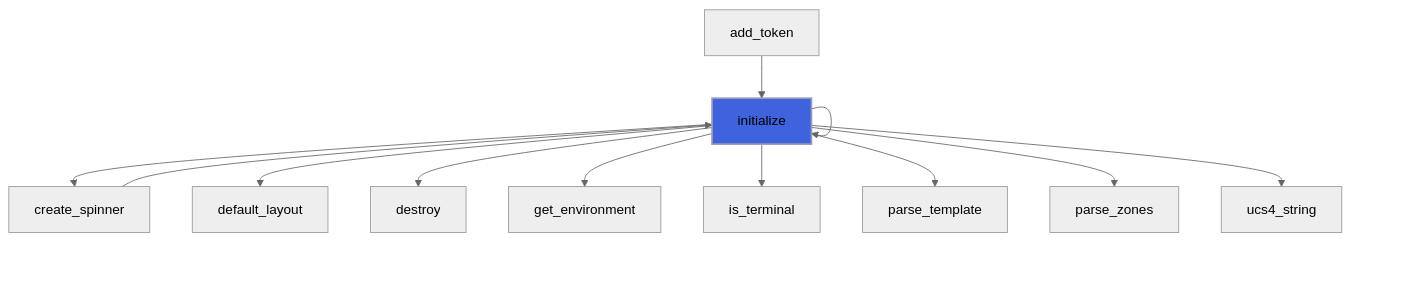
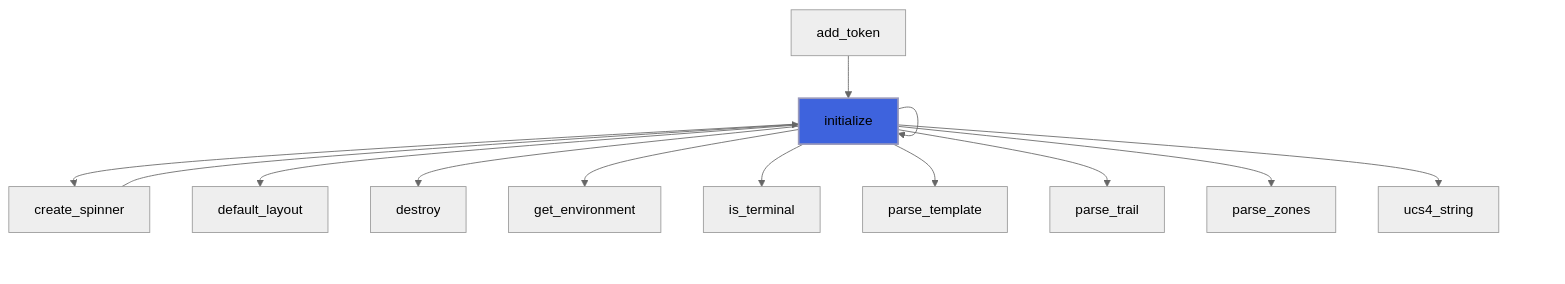
One commit to szaghi/forbear changed the third of 44 diagrams in docs/api/src/lib/forbear_bar_object.md. Above: the diagram before and after it, drawn with Mermaid (neutral theme). The commit also changed other lines of this file and 18 other files, not shown here.

````diff
--- a/docs/api/src/lib/forbear_bar_object.md
+++ b/docs/api/src/lib/forbear_bar_object.md
@@ -336,16 +343,17 @@
 ```mermaid
 flowchart TD
   add_token["add_token"] --> initialize["initialize"]
   create_spinner["create_spinner"] --> initialize["initialize"]
   initialize["initialize"] --> initialize["initialize"]
   initialize["initialize"] --> create_spinner["create_spinner"]
   initialize["initialize"] --> default_layout["default_layout"]
   initialize["initialize"] --> destroy["destroy"]
   initialize["initialize"] --> get_environment["get_environment"]
   initialize["initialize"] --> initialize["initialize"]
   initialize["initialize"] --> is_terminal["is_terminal"]
   initialize["initialize"] --> parse_template["parse_template"]
+  initialize["initialize"] --> parse_trail["parse_trail"]
   initialize["initialize"] --> parse_zones["parse_zones"]
   initialize["initialize"] --> ucs4_string["ucs4_string"]
   style initialize fill:#3e63dd,stroke:#99b,stroke-width:2px
 ```
````
